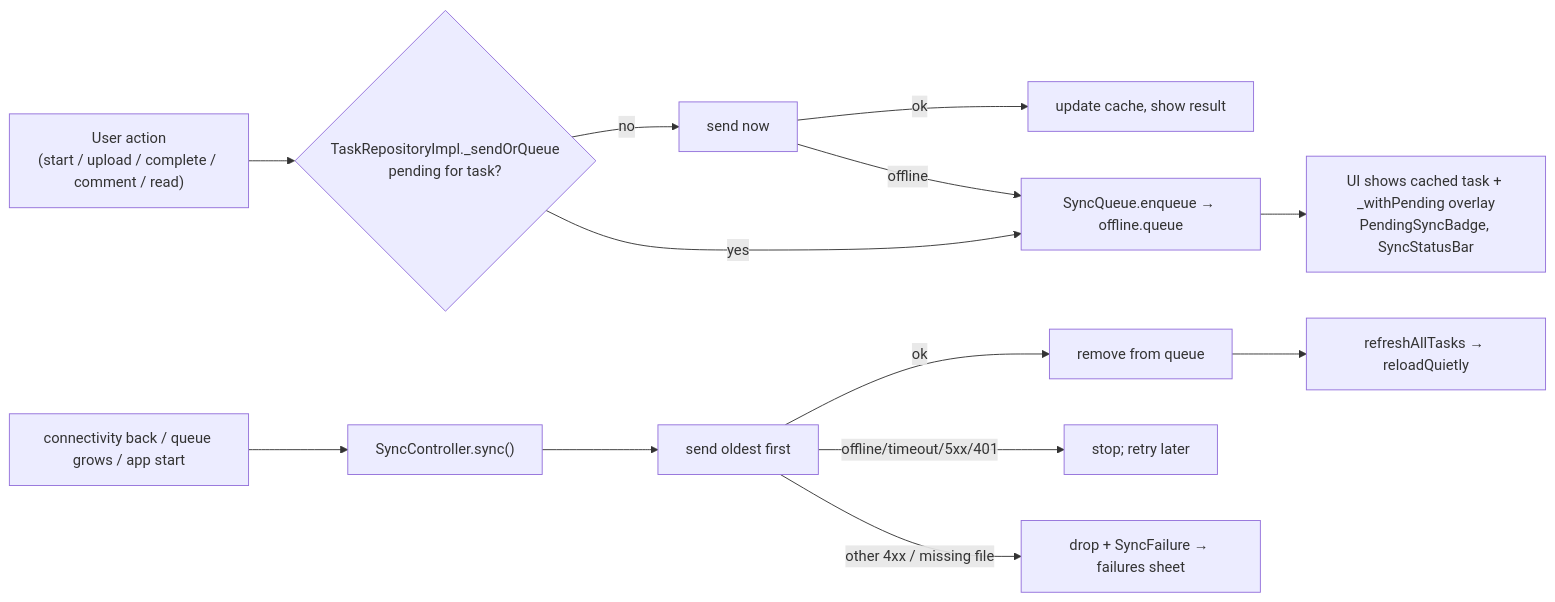
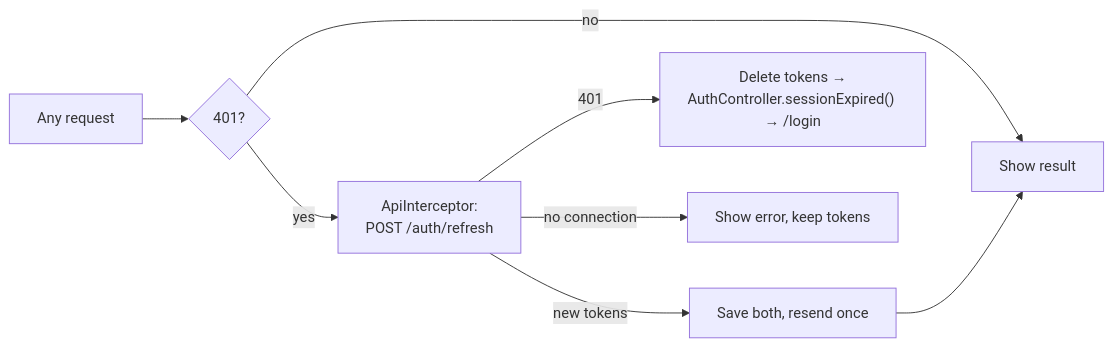
The second of 2 diagrams in docs/technical_defense/06_FEATURES_WALKTHROUGH.md (leyakassir/taskflow-mobile), drawn with Mermaid before and after one commit. The commit also changed other lines of this file and 14 other files, not shown here.

Commit message:
Update technical defense docs: offline mode removed, token refresh

````diff
--- a/docs/technical_defense/06_FEATURES_WALKTHROUGH.md
+++ b/docs/technical_defense/06_FEATURES_WALKTHROUGH.md
@@ -116,15 +119,9 @@
 ```mermaid
 flowchart LR
-  A["User action<br/>(start / upload / complete / comment / read)"] --> B{"TaskRepositoryImpl._sendOrQueue<br/>pending for task?"}
-  B -->|no| C["send now"]
-  C -->|ok| D["update cache, show result"]
-  C -->|offline| E["SyncQueue.enqueue → offline.queue"]
-  B -->|yes| E
-  E --> F["UI shows cached task + _withPending overlay<br/>PendingSyncBadge, SyncStatusBar"]
-  G["connectivity back / queue grows / app start"] --> H["SyncController.sync()"]
-  H --> I["send oldest first"]
-  I -->|ok| J["remove from queue"]
-  I -->|offline/timeout/5xx/401| K["stop; retry later"]
-  I -->|other 4xx / missing file| L["drop + SyncFailure → failures sheet"]
-  J --> M["refreshAllTasks → reloadQuietly"]
+  A["Any request"] --> B{"401?"}
+  B -->|no| OK["Show result"]
+  B -->|yes| C["ApiInterceptor:<br/>POST /auth/refresh"]
+  C -->|new tokens| D["Save both, resend once"] --> OK
+  C -->|401| E["Delete tokens →<br/>AuthController.sessionExpired() → /login"]
+  C -->|no connection| F["Show error, keep tokens"]
 ```
````
